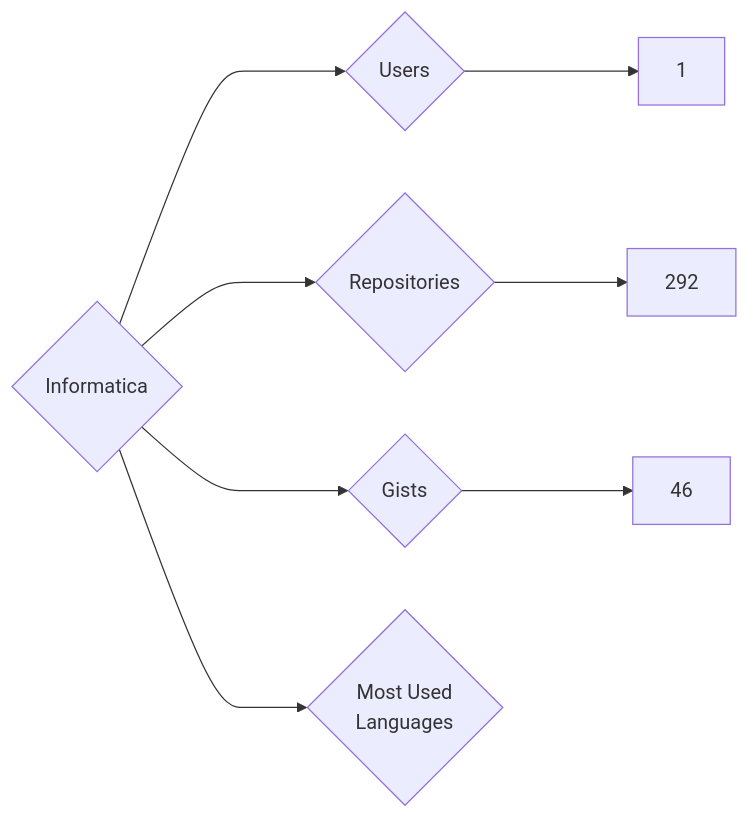
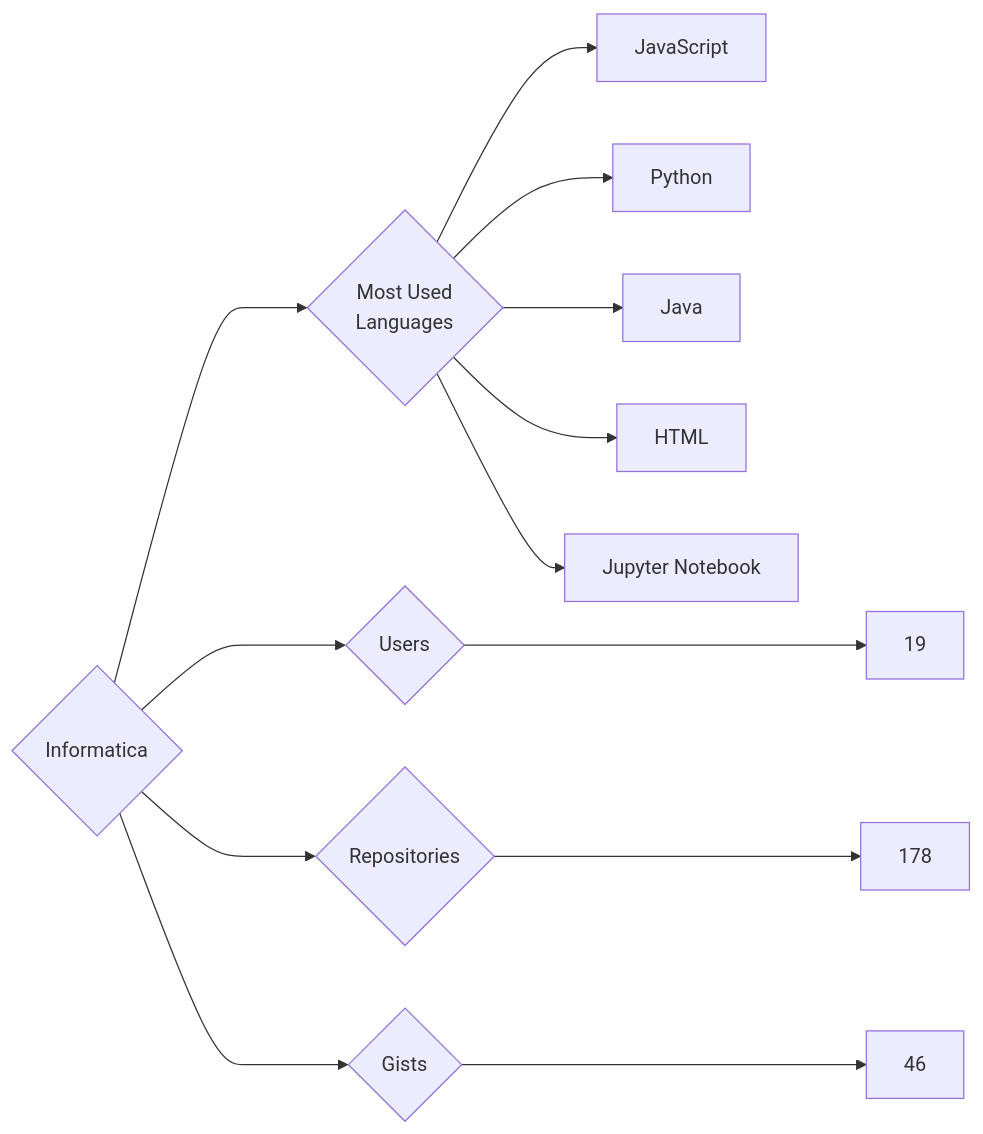
One commit to trickest/insiders changed the diagram in targets/Informatica/README.md. Above: the diagram before and after it, drawn with Mermaid. The commit also changed 715 other files, not shown here.

````diff
--- a/targets/Informatica/README.md
+++ b/targets/Informatica/README.md
@@ -3,8 +3,13 @@
 ```mermaid
 graph LR
 COMPANY_NAME{Informatica}
-COMPANY_NAME ---> U{Users} ---> UN[1]
-COMPANY_NAME ---> R{Repositories} ---> RN[292]
+COMPANY_NAME ---> U{Users} ---> UN[19]
+COMPANY_NAME ---> R{Repositories} ---> RN[178]
 COMPANY_NAME ---> G{Gists} ---> GN[46]
 COMPANY_NAME ---> ML{Most Used<br>Languages}
+ML --> JavaScript[JavaScript]
+ML --> Python[Python]
+ML --> Java[Java]
+ML --> HTML[HTML]
+ML --> Jupyter_Notebook[Jupyter Notebook]
 ```
````
